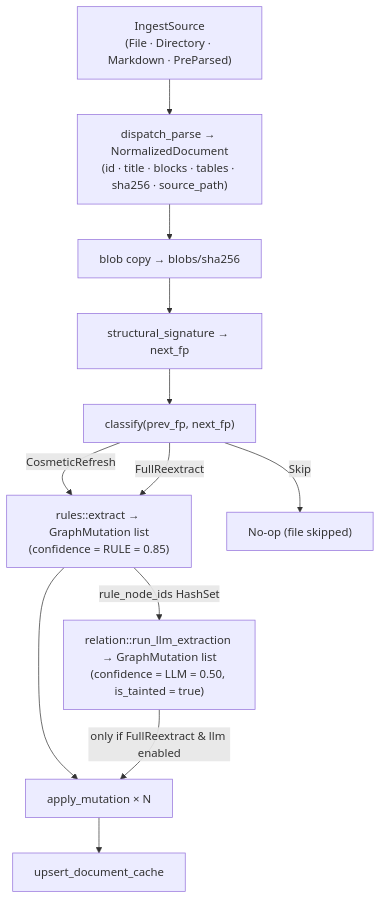
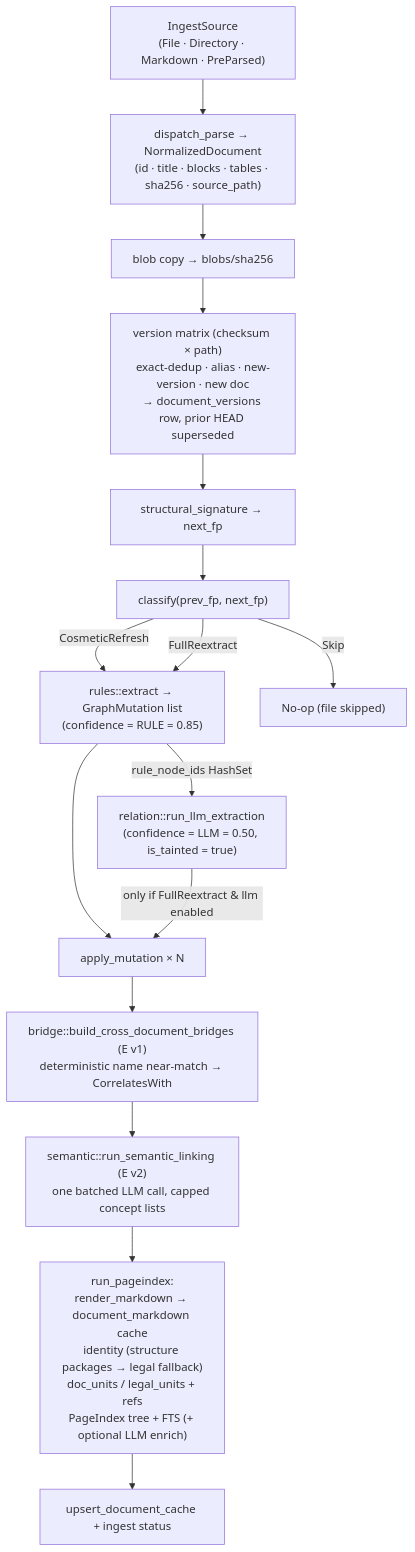
One commit to SeeyooHK/axonmind-open changed the third of 9 diagrams in docs/architecture.md. Above: the diagram before and after it, drawn with Mermaid. The commit also changed other lines of this file and 3 other files, not shown here.

Commit message:
[docs]update architecture

````diff
--- a/docs/architecture.md
+++ b/docs/architecture.md
@@ -201,21 +252,25 @@
 ```mermaid
 flowchart TD
     S["IngestSource<br/>(File · Directory · Markdown · PreParsed)"]
     D["dispatch_parse → NormalizedDocument<br/>(id · title · blocks · tables · sha256 · source_path)"]
     B["blob copy → blobs/sha256"]
+    V["version matrix (checksum × path)<br/>exact-dedup · alias · new-version · new doc<br/>→ document_versions row, prior HEAD superseded"]
     FP["structural_signature → next_fp"]
     CL["classify(prev_fp, next_fp)"]
     R["rules::extract → GraphMutation list<br/>(confidence = RULE = 0.85)"]
-    L["relation::run_llm_extraction → GraphMutation list<br/>(confidence = LLM = 0.50, is_tainted = true)"]
+    L["relation::run_llm_extraction<br/>(confidence = LLM = 0.50, is_tainted = true)"]
+    BR["bridge::build_cross_document_bridges (E v1)<br/>deterministic name near-match → CorrelatesWith"]
+    SEM["semantic::run_semantic_linking (E v2)<br/>one batched LLM call, capped concept lists"]
     M["apply_mutation × N"]
-    C["upsert_document_cache"]
+    PI["run_pageindex:<br/>render_markdown → document_markdown cache<br/>identity (structure packages → legal fallback)<br/>doc_units / legal_units + refs<br/>PageIndex tree + FTS (+ optional LLM enrich)"]
+    C["upsert_document_cache + ingest status"]
 
-    S --> D --> B --> FP --> CL
+    S --> D --> B --> V --> FP --> CL
     CL -->|Skip| Skip["No-op (file skipped)"]
     CL -->|CosmeticRefresh| R
     CL -->|FullReextract| R
     R -->|"rule_node_ids HashSet"| L
     R --> M
     L -->|only if FullReextract & llm enabled| M
-    M --> C
+    M --> BR --> SEM --> PI --> C
 ```
````
